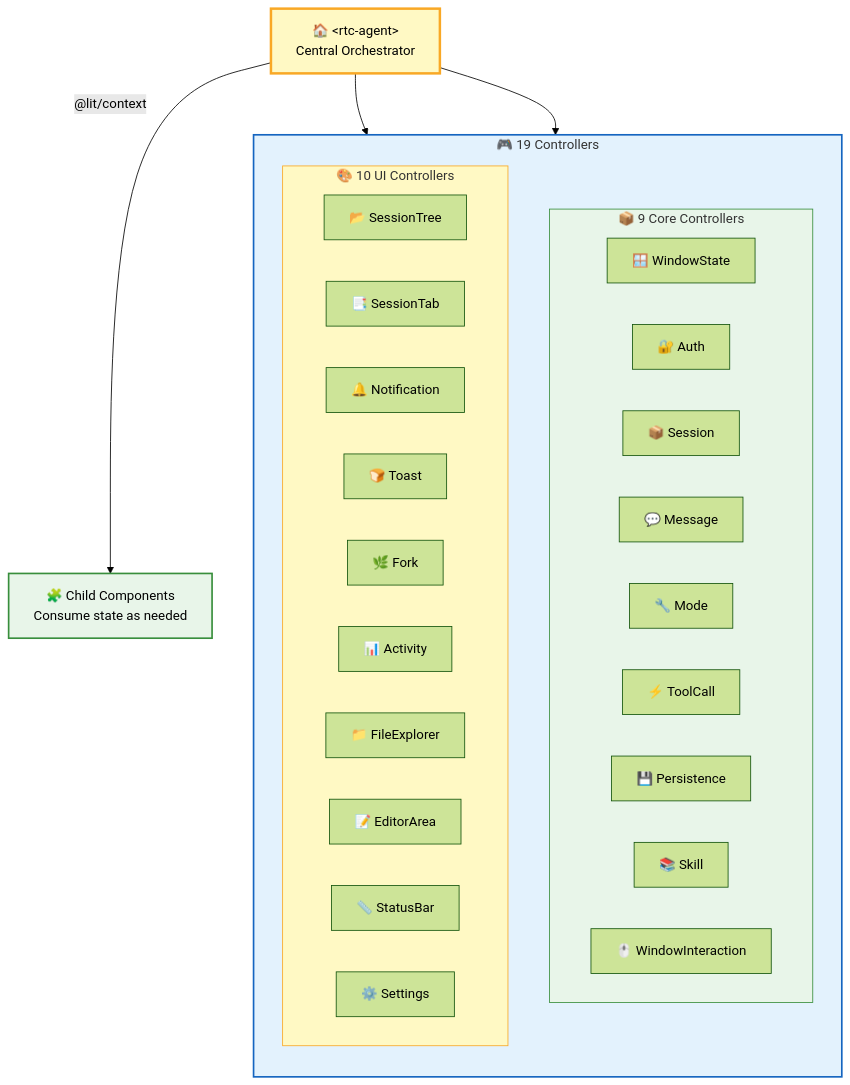
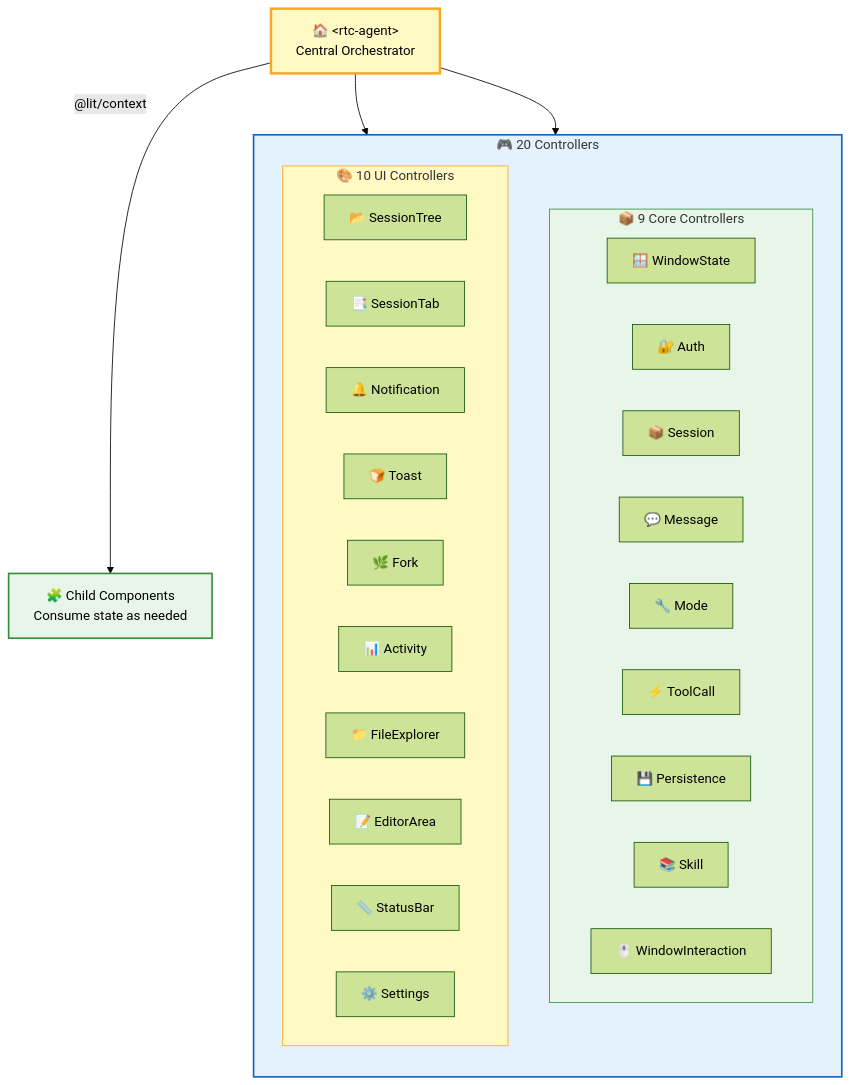
Before and after one commit to rtc-agent/docs: the third of 9 diagrams in src/content/docs/en/architecture/frontend.md, drawn with Mermaid (forest theme). The commit also changed other lines of this file and 5 other files, not shown here.

````diff
--- a/src/content/docs/en/architecture/frontend.md
+++ b/src/content/docs/en/architecture/frontend.md
@@ -115,40 +115,40 @@
 ```mermaid
 flowchart TD
-    subgraph CONTROLLERS["🎮 19 Controllers"]
+    subgraph CONTROLLERS["🎮 20 Controllers"]
         direction TB
         subgraph CORE["📦 9 Core Controllers"]
             C1["🪟 WindowState"]
             C2["🔐 Auth"]
             C3["📦 Session"]
             C4["💬 Message"]
             C5["🔧 Mode"]
             C6["⚡ ToolCall"]
             C7["💾 Persistence"]
             C8["📚 Skill"]
             C9["🖱️ WindowInteraction"]
         end
         subgraph UI["🎨 10 UI Controllers"]
             C10["📂 SessionTree"]
             C11["📑 SessionTab"]
             C12["🔔 Notification"]
             C13["🍞 Toast"]
             C14["🌿 Fork"]
             C15["📊 Activity"]
             C16["📁 FileExplorer"]
             C17["📝 EditorArea"]
             C18["📏 StatusBar"]
             C19["⚙️ Settings"]
         end
     end
 
     ROOT["🏠 &lt;rtc-agent&gt;<br/>Central Orchestrator"] --> CORE
     ROOT --> UI
 
     ROOT -->|"@lit/context"| CHILDREN["🧩 Child Components<br/>Consume state as needed"]
 
     style ROOT fill:#fff9c4,stroke:#f9a825,stroke-width:3px
     style CONTROLLERS fill:#e3f2fd,stroke:#1565c0,stroke-width:2px
     style CORE fill:#e8f5e9,stroke:#388e3c,stroke-width:1px
     style UI fill:#fff9c4,stroke:#f9a825,stroke-width:1px
     style CHILDREN fill:#e8f5e9,stroke:#388e3c,stroke-width:2px
 ```
````
